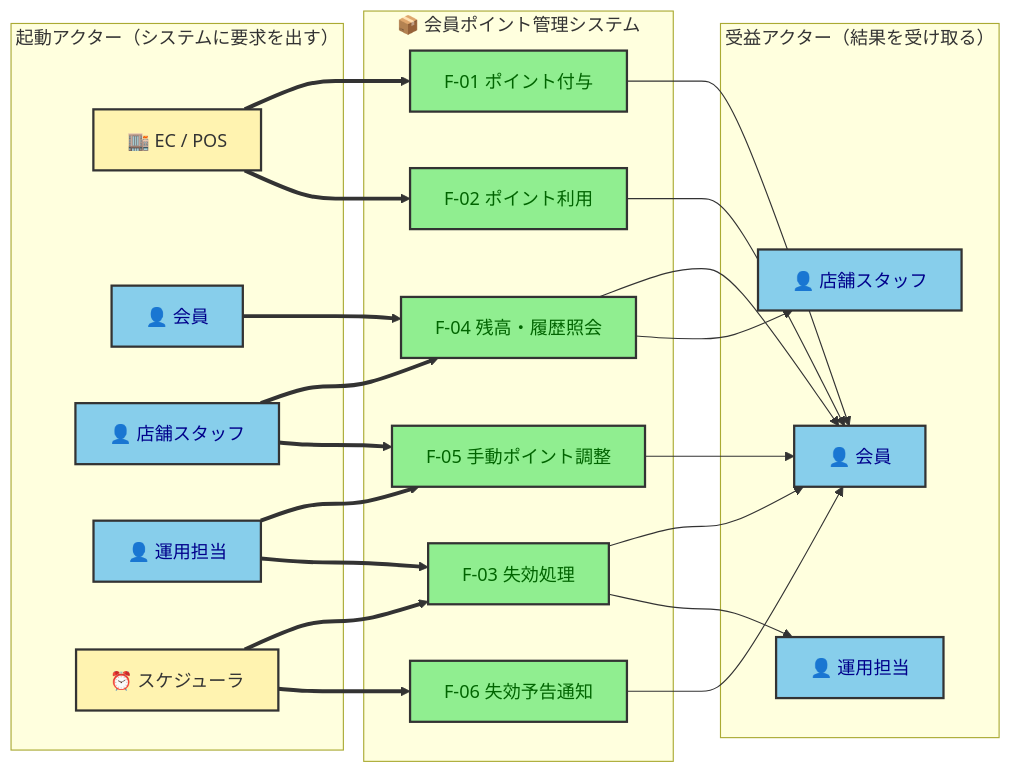
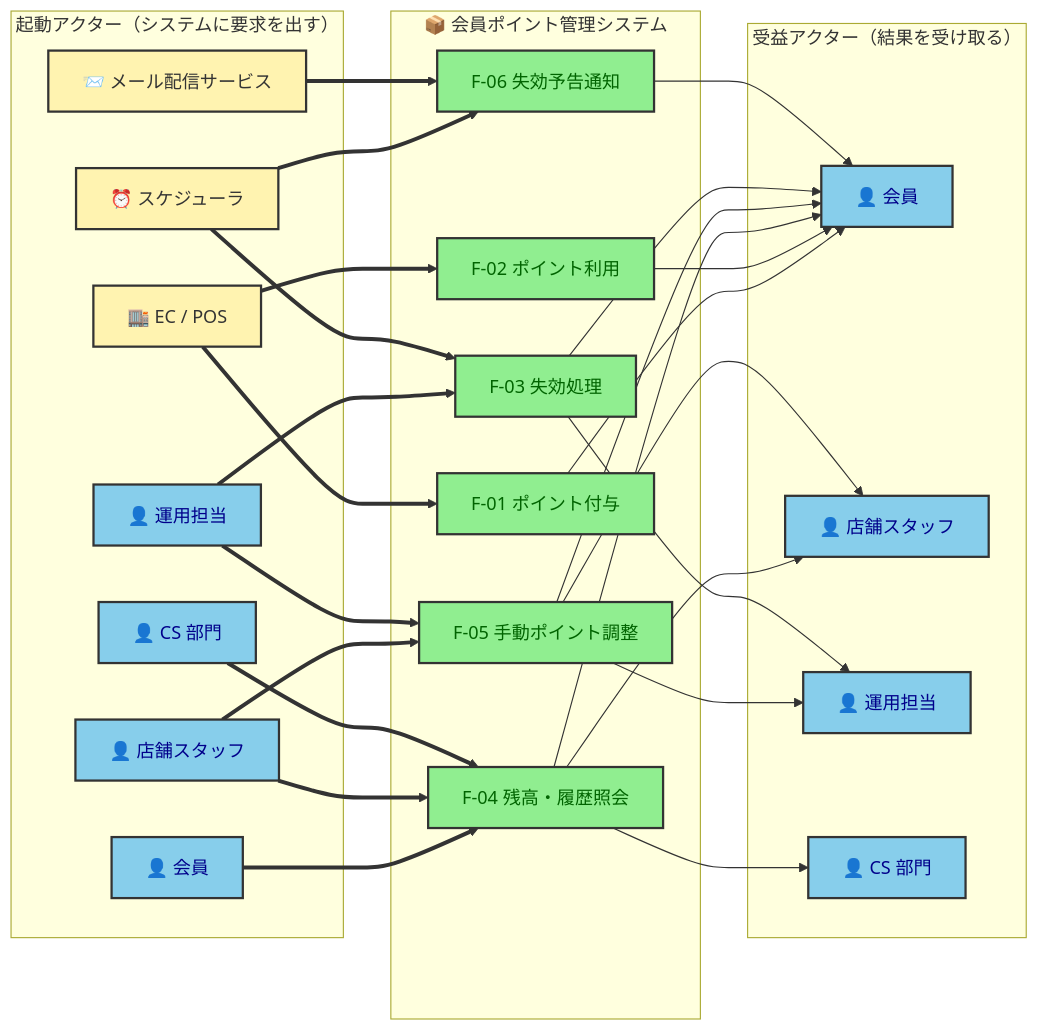
The eighth of 15 diagrams in samples/docs/requirements.md (kasiopeiya/claude-dev-template), drawn with Mermaid before and after one commit. The commit also changed other lines of this file, not shown here.

````diff
--- a/samples/docs/requirements.md
+++ b/samples/docs/requirements.md
@@ -706,51 +744,59 @@
 ```mermaid
 flowchart LR
     subgraph TRIGGER["起動アクター（システムに要求を出す）"]
         t_ecpos["🏬 EC / POS"]
         t_member["👤 会員"]
         t_staff["👤 店舗スタッフ"]
         t_ops["👤 運用担当"]
         t_sched["⏰ スケジューラ"]
+        t_mail["📨 メール配信サービス"]
+        t_cs["👤 CS 部門"]
     end
 
     subgraph SYS["📦 会員ポイント管理システム"]
         f1["F-01 ポイント付与"]
         f2["F-02 ポイント利用"]
         f4["F-04 残高・履歴照会"]
         f5["F-05 手動ポイント調整"]
         f3["F-03 失効処理"]
         f6["F-06 失効予告通知"]
     end
 
     subgraph BENEFIT["受益アクター（結果を受け取る）"]
         b_member["👤 会員"]
         b_staff["👤 店舗スタッフ"]
         b_ops["👤 運用担当"]
+        b_cs["👤 CS 部門"]
     end
 
     t_ecpos ==> f1
     t_ecpos ==> f2
     t_member ==> f4
     t_staff ==> f4
     t_staff ==> f5
     t_ops ==> f5
     t_ops ==> f3
     t_sched ==> f3
     t_sched ==> f6
+    t_mail ==> f6
+    t_cs ==> f4
 
     f1 --> b_member
     f2 --> b_member
     f4 --> b_member
     f4 --> b_staff
+    f4 --> b_cs
     f5 --> b_member
+    f5 --> b_staff
+    f5 --> b_ops
     f3 --> b_member
     f3 --> b_ops
     f6 --> b_member
 
     classDef human fill:#87CEEB,stroke:#333,stroke-width:2px,color:darkblue
     classDef ext fill:#FFF3B0,stroke:#333,stroke-width:2px,color:#333
     classDef func fill:#90EE90,stroke:#333,stroke-width:2px,color:darkgreen
-    class t_member,t_staff,t_ops,b_member,b_staff,b_ops human
-    class t_ecpos,t_sched ext
+    class t_member,t_staff,t_ops,t_cs,b_member,b_staff,b_ops,b_cs human
+    class t_ecpos,t_sched,t_mail ext
     class f1,f2,f3,f4,f5,f6 func
 ```
````
